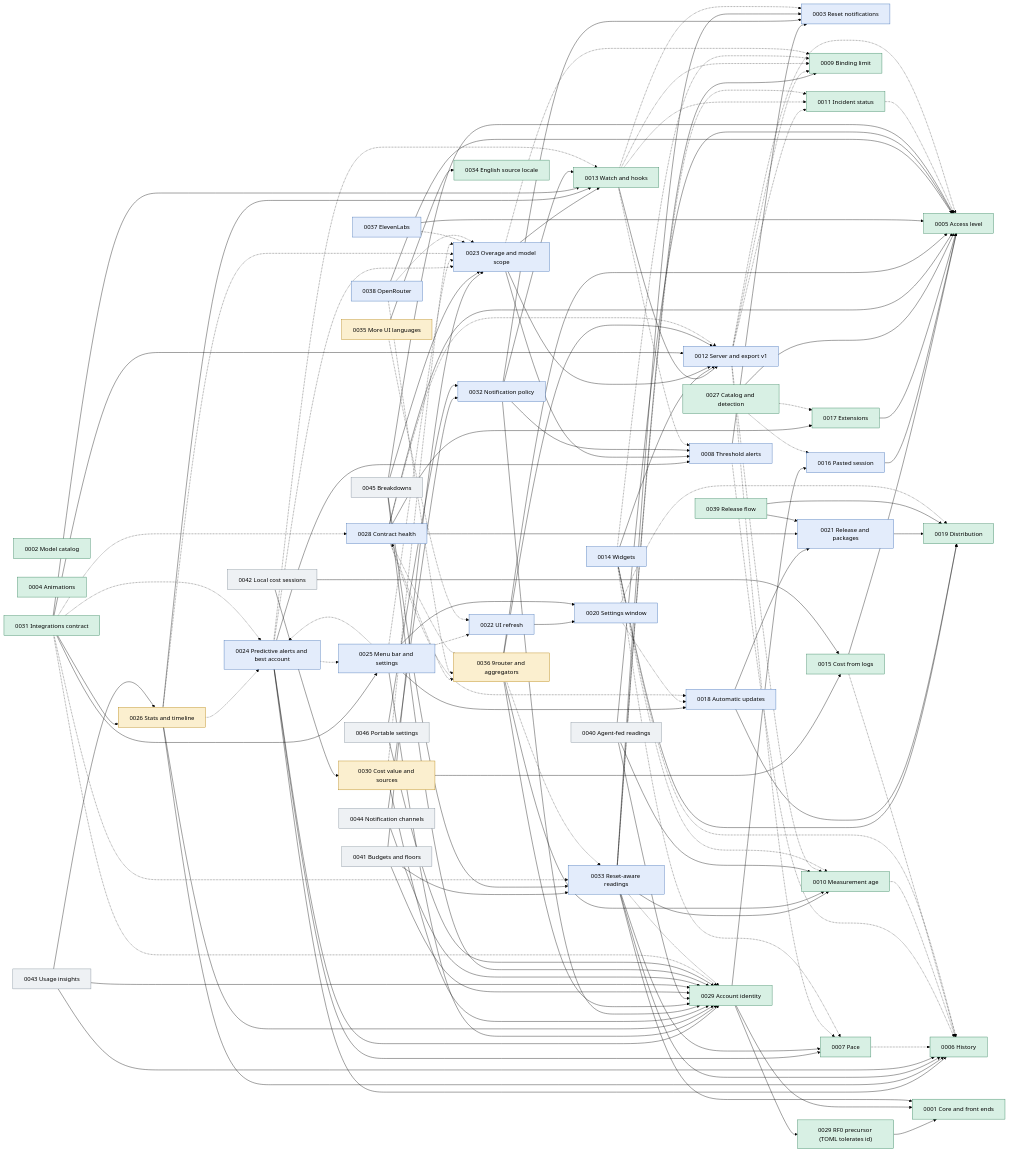
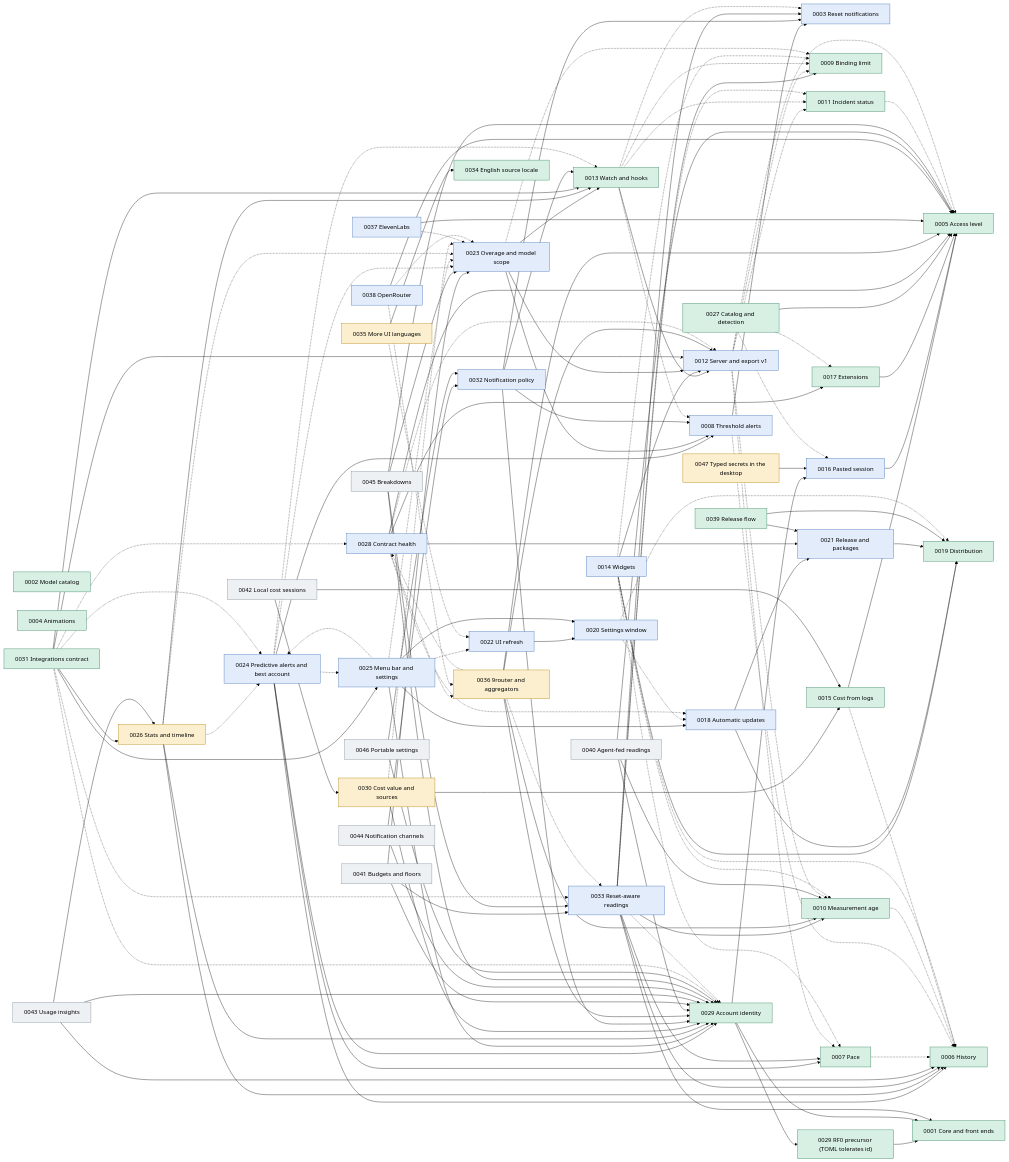
One commit to jmarcon/cuotai changed the diagram in docs/plans/0000_control.md. Above: the diagram before and after it, drawn with Mermaid (forest theme). The commit also changed other lines of this file and 7 other files, not shown here.

First line of the commit message:
docs(plans): add PRD 0047 for typed secrets in the desktop

```diff
--- a/docs/plans/0000_control.md
+++ b/docs/plans/0000_control.md
@@ -254,6 +255,7 @@
   P44["0044 Notification channels"]:::todo
   P45["0045 Breakdowns"]:::todo
   P46["0046 Portable settings"]:::todo
+  P47["0047 Typed secrets in the desktop"]:::wip
 
   P8 --> P3
   P13 --> P12
@@ -331,6 +333,7 @@
   P45 --> P33
   P46 --> P29
   P46 --> P32
+  P47 --> P16
 
   P7 -.-> P6
   P8 -.-> P6
```
